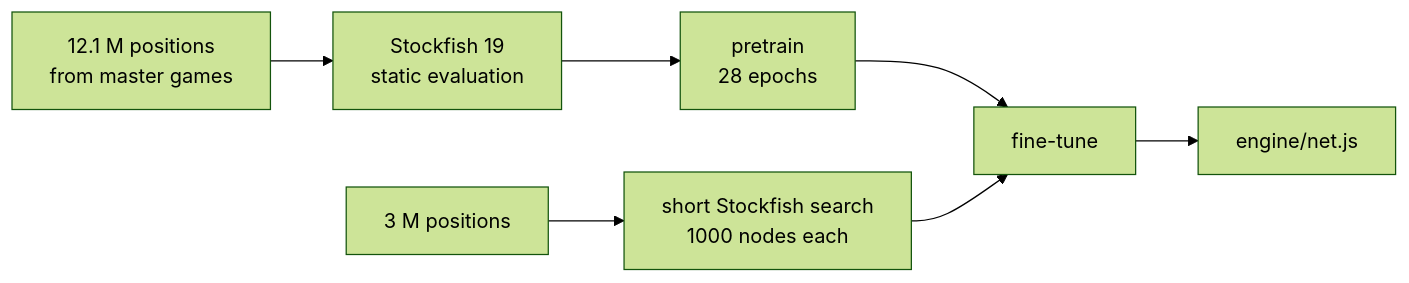
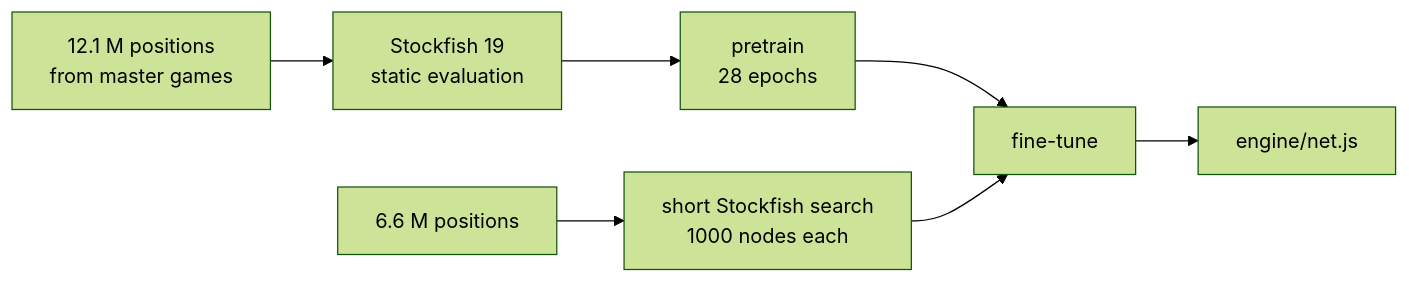
One commit to sacon1s/blizzard changed the diagram in README.md. Above: the diagram before and after it, drawn with Mermaid (forest theme). The commit also changed other lines of this file and 4 other files, not shown here.

````diff
--- a/README.md
+++ b/README.md
@@ -154,9 +160,9 @@
 ```mermaid
 flowchart LR
     A["12.1 M positions<br>from master games"] --> B["Stockfish 19<br>static evaluation"]
     B --> C["pretrain<br>28 epochs"]
-    D["3 M positions"] --> E["short Stockfish search<br>1000 nodes each"]
+    D["6.6 M positions"] --> E["short Stockfish search<br>1000 nodes each"]
     C --> F["fine-tune"]
     E --> F
     F --> G["engine/net.js"]
 ```
````
